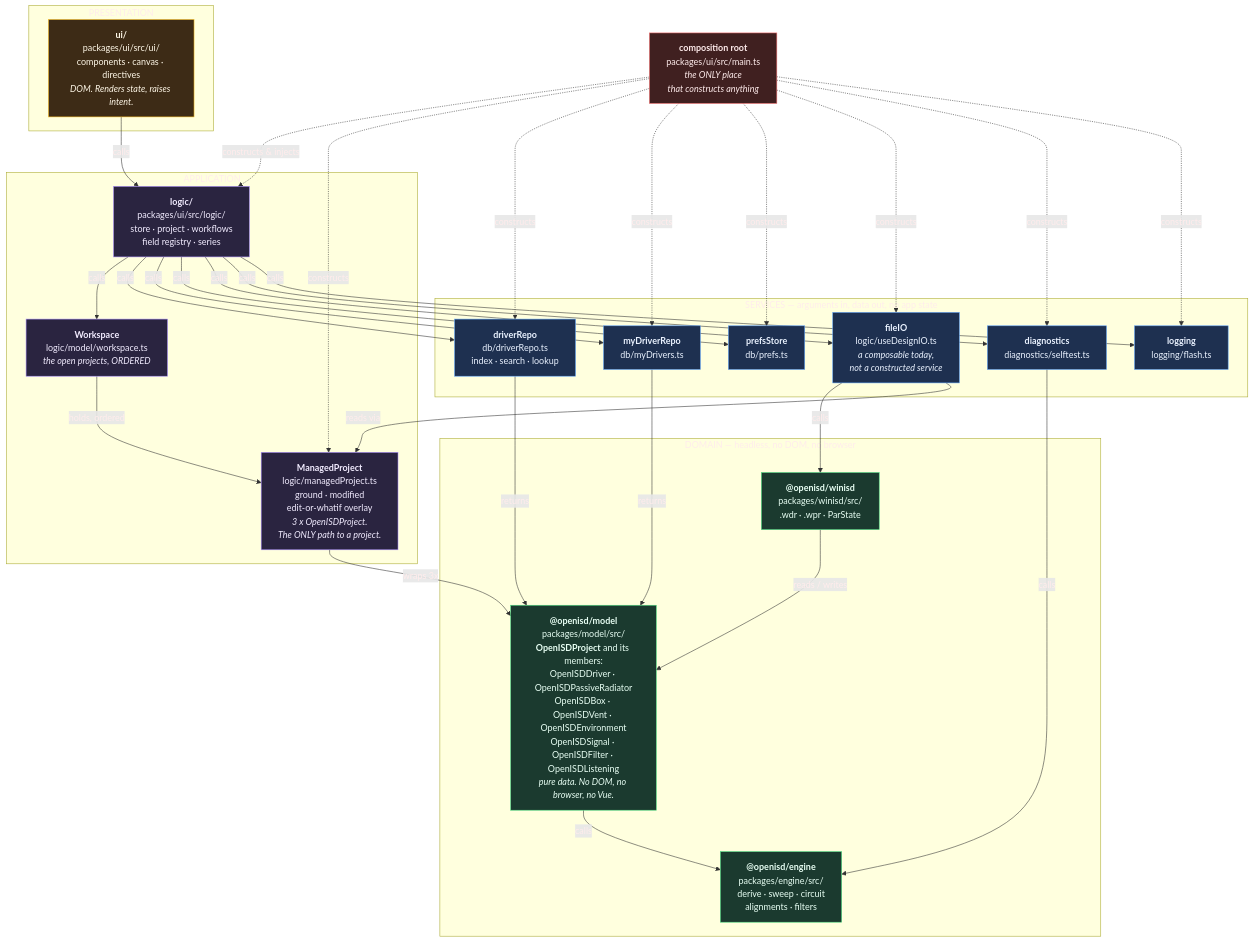
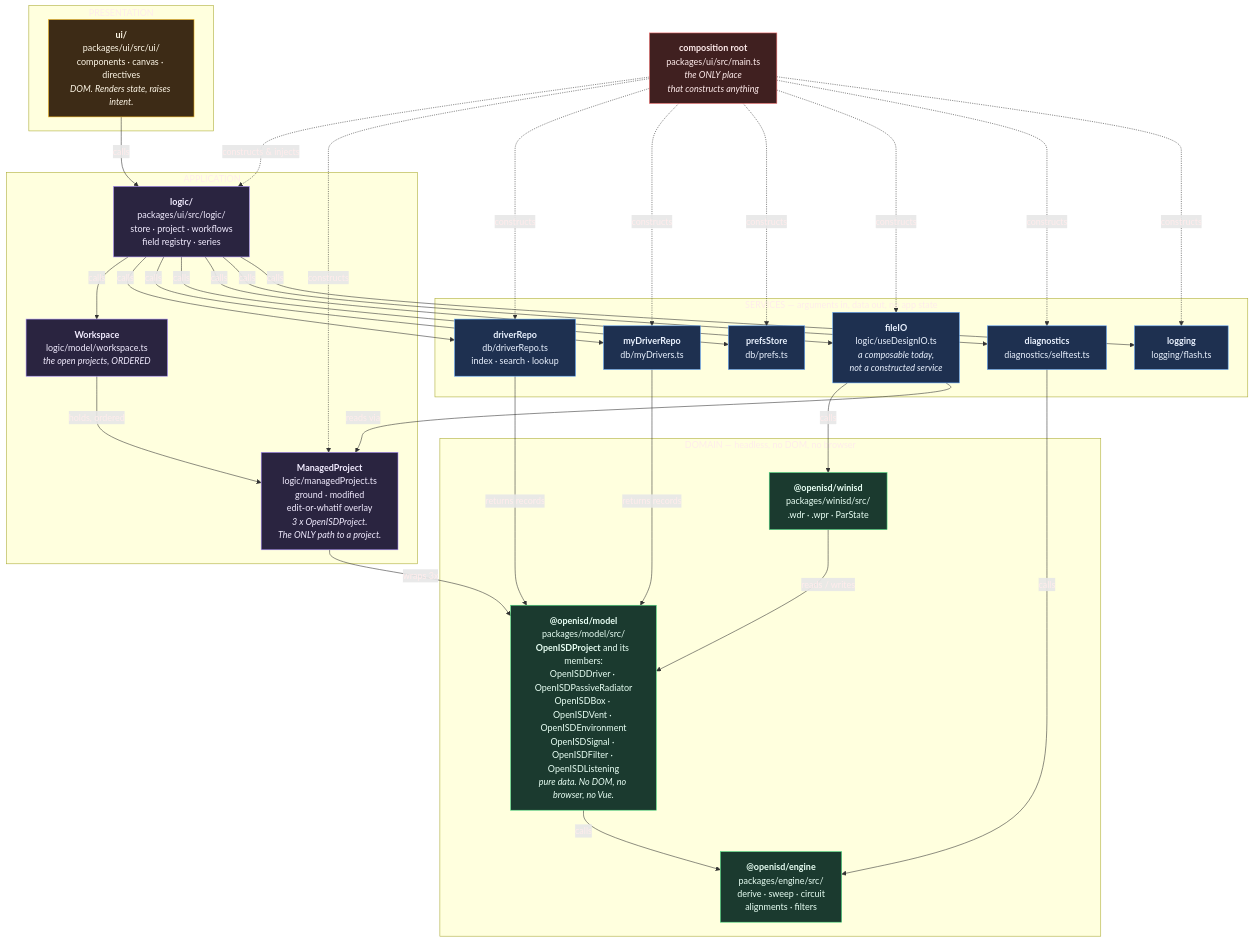
The second of 5 diagrams in ARCHITECTURE.md (Johnlon/openisd), drawn with Mermaid before and after one commit. The commit also changed other lines of this file and 1 other file, not shown here.

````diff
--- a/ARCHITECTURE.md
+++ b/ARCHITECTURE.md
@@ -110,67 +110,67 @@
 ```mermaid
 graph TD
     subgraph L1["PRESENTATION"]
         UI["<b>ui/</b><br/>packages/ui/src/ui/<br/>components · canvas · directives<br/><i>DOM. Renders state, raises intent.</i>"]
     end
 
     subgraph L2["APPLICATION"]
         LOGIC["<b>logic/</b><br/>packages/ui/src/logic/<br/>store · project · workflows<br/>field registry · series"]
         WSPACE["<b>Workspace</b><br/>logic/model/workspace.ts<br/><i>the open projects, ORDERED</i>"]
         MANAGED["<b>ManagedProject</b><br/>logic/managedProject.ts<br/>ground · modified<br/>edit-or-whatif overlay<br/><i>3 x OpenISDProject.<br/>The ONLY path to a project.</i>"]
     end
 
     subgraph L3["SERVICES — arguments in, data out, no app state"]
         DRIVERREPO["<b>driverRepo</b><br/>db/driverRepo.ts<br/>index · search · lookup"]
         MYREPO["<b>myDriverRepo</b><br/>db/myDrivers.ts"]
         PREFS["<b>prefsStore</b><br/>db/prefs.ts"]
         FILEIO["<b>fileIO</b><br/>logic/useDesignIO.ts<br/><i>a composable today,<br/>not a constructed service</i>"]
         DIAG["<b>diagnostics</b><br/>diagnostics/selftest.ts"]
         LOGGING["<b>logging</b><br/>logging/flash.ts"]
     end
 
     subgraph L4["DOMAIN — headless, no DOM, no browser"]
         MODEL["<b>@openisd/model</b><br/>packages/model/src/<br/><b>OpenISDProject</b> and its members:<br/>OpenISDDriver · OpenISDPassiveRadiator<br/>OpenISDBox · OpenISDVent · OpenISDEnvironment<br/>OpenISDSignal · OpenISDFilter · OpenISDListening<br/><i>pure data. No DOM, no browser, no Vue.</i>"]
         ENGINE["<b>@openisd/engine</b><br/>packages/engine/src/<br/>derive · sweep · circuit<br/>alignments · filters"]
         SERIAL["<b>@openisd/winisd</b><br/>packages/winisd/src/<br/>.wdr · .wpr · ParState"]
     end
 
     ROOT["<b>composition root</b><br/>packages/ui/src/main.ts<br/><i>the ONLY place<br/>that constructs anything</i>"]
 
     ROOT -.constructs & injects.-> LOGIC
     ROOT -.constructs.-> MANAGED
     ROOT -.constructs.-> DRIVERREPO
     ROOT -.constructs.-> MYREPO
     ROOT -.constructs.-> PREFS
     ROOT -.constructs.-> FILEIO
     ROOT -.constructs.-> DIAG
     ROOT -.constructs.-> LOGGING
 
     UI -->|calls| LOGIC
     LOGIC -->|calls| WSPACE
     WSPACE -->|"holds, ordered"| MANAGED
     LOGIC -->|calls| DRIVERREPO
     LOGIC -->|calls| MYREPO
     LOGIC -->|calls| PREFS
     LOGIC -->|calls| FILEIO
     LOGIC -->|calls| DIAG
     LOGIC -->|calls| LOGGING
     MANAGED -->|"wraps 3x"| MODEL
-    DRIVERREPO -->|returns| MODEL
-    MYREPO -->|returns| MODEL
+    DRIVERREPO -->|"returns records"| MODEL
+    MYREPO -->|"returns records"| MODEL
     FILEIO -->|calls| SERIAL
     FILEIO -->|"reads via"| MANAGED
     DIAG -->|calls| ENGINE
     MODEL -->|calls| ENGINE
     SERIAL -->|"reads / writes"| MODEL
 
     classDef pres fill:#3d2b16,stroke:#fbbf24,color:#fff8e8
     classDef app fill:#2a2440,stroke:#a78bfa,color:#f2ecff
     classDef svc fill:#1e3050,stroke:#60a5fa,color:#eaf2ff
     classDef dom fill:#1b3a2f,stroke:#4ade80,color:#e8fff4
     classDef root fill:#402020,stroke:#f87171,color:#ffecec
     class UI pres
     class LOGIC,WSPACE,MANAGED app
     class DRIVERREPO,MYREPO,PREFS,FILEIO,DIAG,LOGGING svc
     class MODEL,ENGINE,SERIAL dom
     class ROOT root
 ```
````
